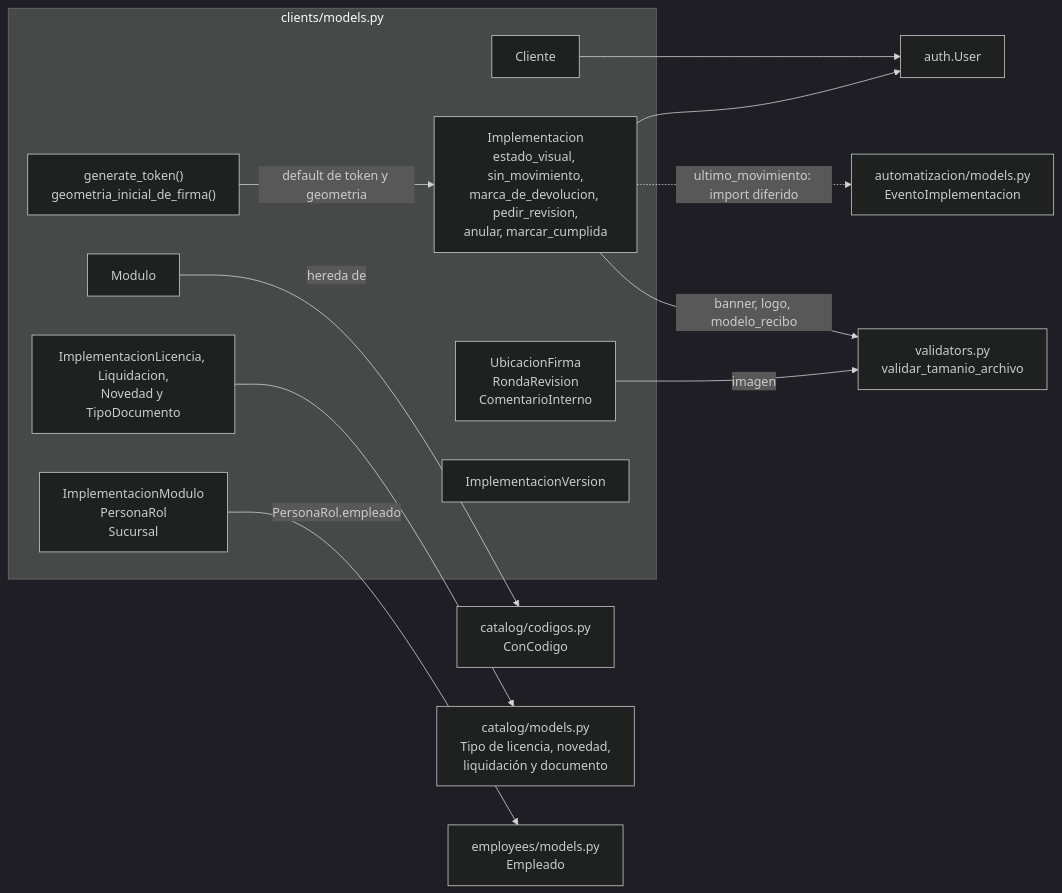
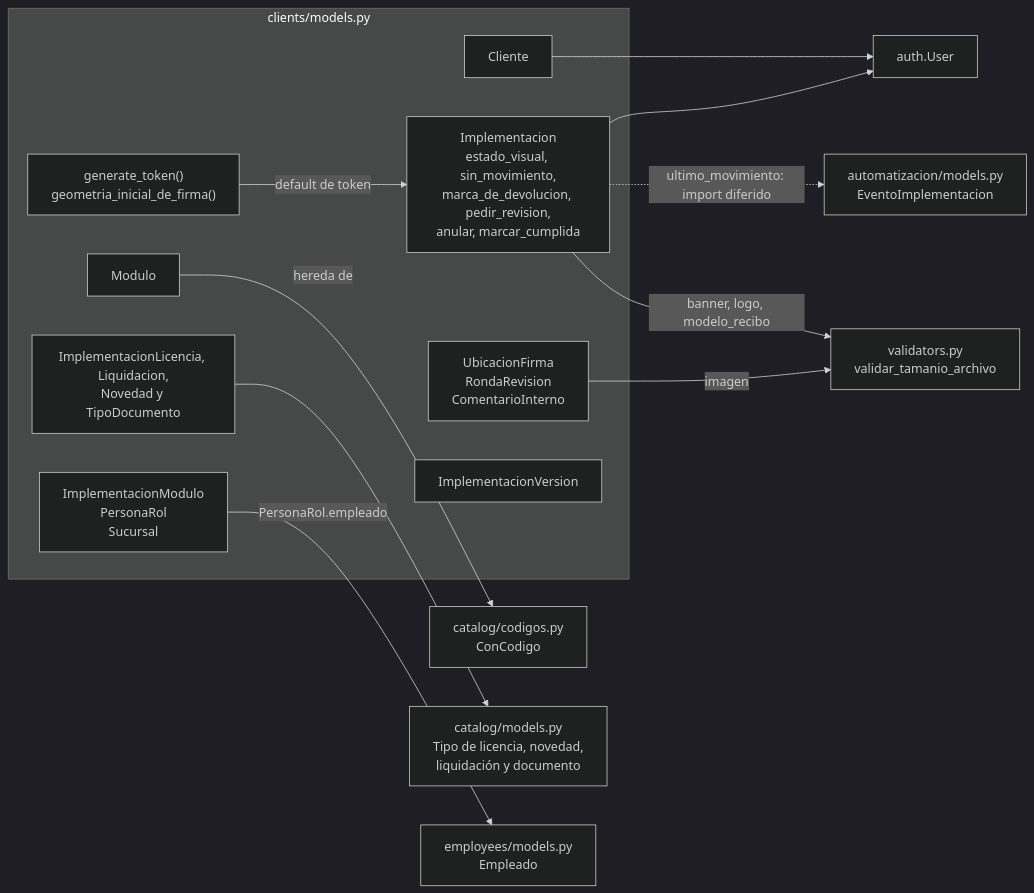
One commit to AluSkies/implementador.napsis changed diagram 16 of 24 in docs/modulos/clients-y-catalog.md. Above: the diagram before and after it, drawn with Mermaid (dark theme). The commit also changed other lines of this file and 4 other files, not shown here.

````diff
--- a/docs/modulos/clients-y-catalog.md
+++ b/docs/modulos/clients-y-catalog.md
@@ -743,29 +743,29 @@
 ```mermaid
 flowchart LR
     subgraph modelos["clients/models.py"]
         MA["generate_token()<br/>geometria_inicial_de_firma()"]
         MB["Cliente"]
         MC["Modulo"]
         MD["Implementacion<br/>estado_visual, sin_movimiento,<br/>marca_de_devolucion, pedir_revision,<br/>anular, marcar_cumplida"]
         ME["ImplementacionModulo<br/>PersonaRol<br/>Sucursal"]
         MF["ImplementacionLicencia, Liquidacion,<br/>Novedad y TipoDocumento"]
         MG["UbicacionFirma<br/>RondaRevision<br/>ComentarioInterno"]
         MH["ImplementacionVersion"]
     end
     V["validators.py<br/>validar_tamanio_archivo"]
     CO["catalog/codigos.py<br/>ConCodigo"]
     EV["automatizacion/models.py<br/>EventoImplementacion"]
     CAT["catalog/models.py<br/>Tipo de licencia, novedad,<br/>liquidación y documento"]
     EMP["employees/models.py<br/>Empleado"]
     USR["auth.User"]
 
     MC -->|"hereda de"| CO
     MD -->|"banner, logo, modelo_recibo"| V
     MG -->|"imagen"| V
     MD -. "ultimo_movimiento: import diferido" .-> EV
     MF --> CAT
     ME -->|"PersonaRol.empleado"| EMP
     MB --> USR
     MD --> USR
-    MA -->|"default de token y geometria"| MD
+    MA -->|"default de token"| MD
 ```
````
